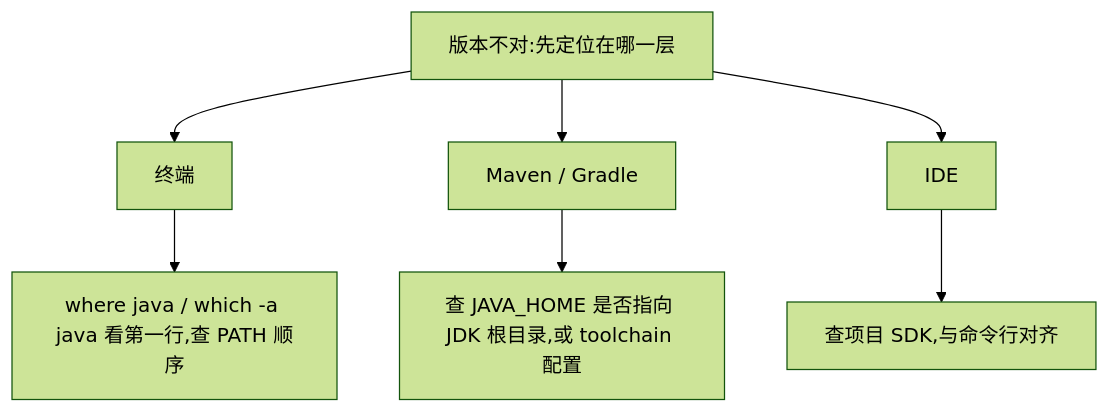
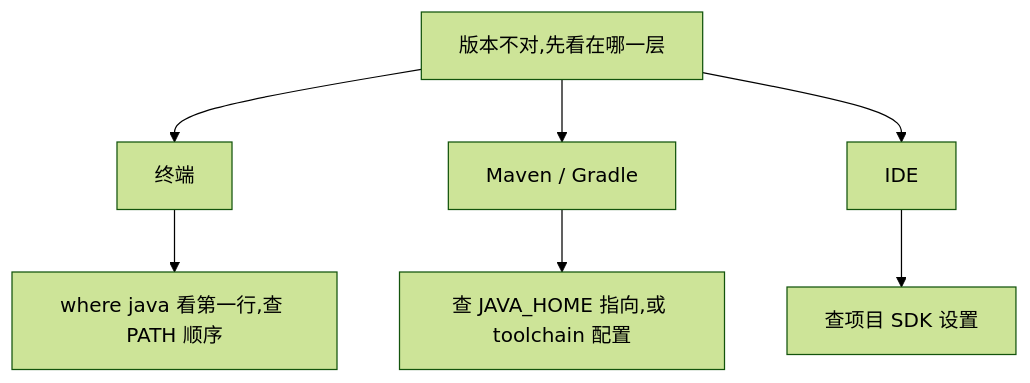
The diagram in src/content/knowledge/java/install-jdk.md (xz333221/liuguang-coding), drawn with Mermaid (forest theme) before and after one commit. The commit also changed other lines of this file and 7 other files, not shown here.

````diff
--- a/src/content/knowledge/java/install-jdk.md
+++ b/src/content/knowledge/java/install-jdk.md
@@ -104,9 +130,9 @@
 ```mermaid
 flowchart TD
-  Q[版本不对:先定位在哪一层] --> T[终端]
+  Q[版本不对,先看在哪一层] --> T[终端]
   Q --> B[Maven / Gradle]
   Q --> I[IDE]
-  T --> T1[where java / which -a java 看第一行,查 PATH 顺序]
-  B --> B1[查 JAVA_HOME 是否指向 JDK 根目录,或 toolchain 配置]
-  I --> I1[查项目 SDK,与命令行对齐]
+  T --> T1[where java 看第一行,查 PATH 顺序]
+  B --> B1[查 JAVA_HOME 指向,或 toolchain 配置]
+  I --> I1[查项目 SDK 设置]
 ```
````
